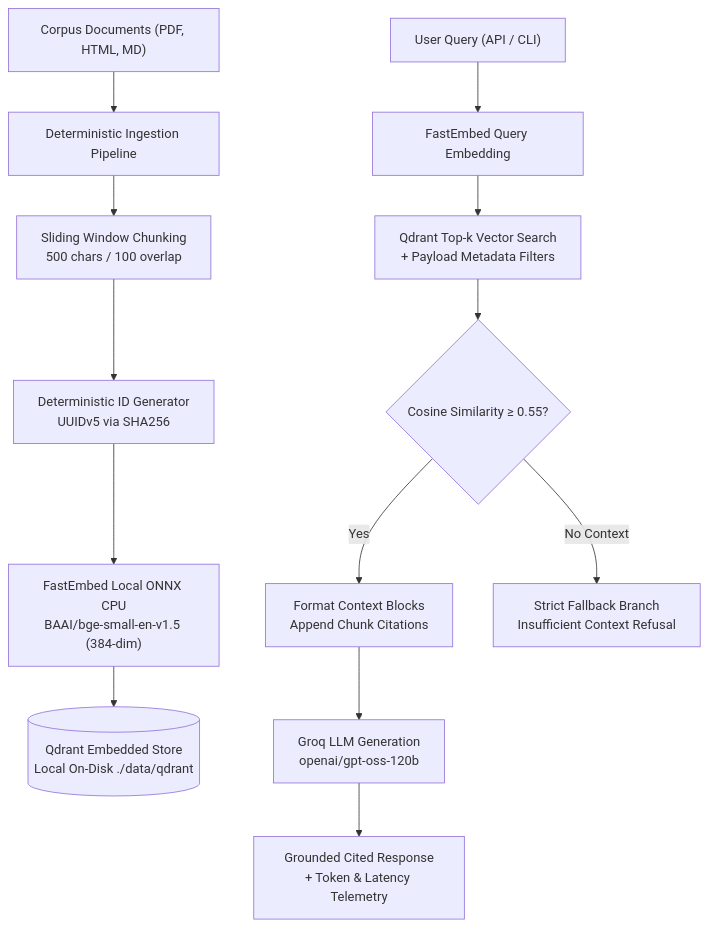
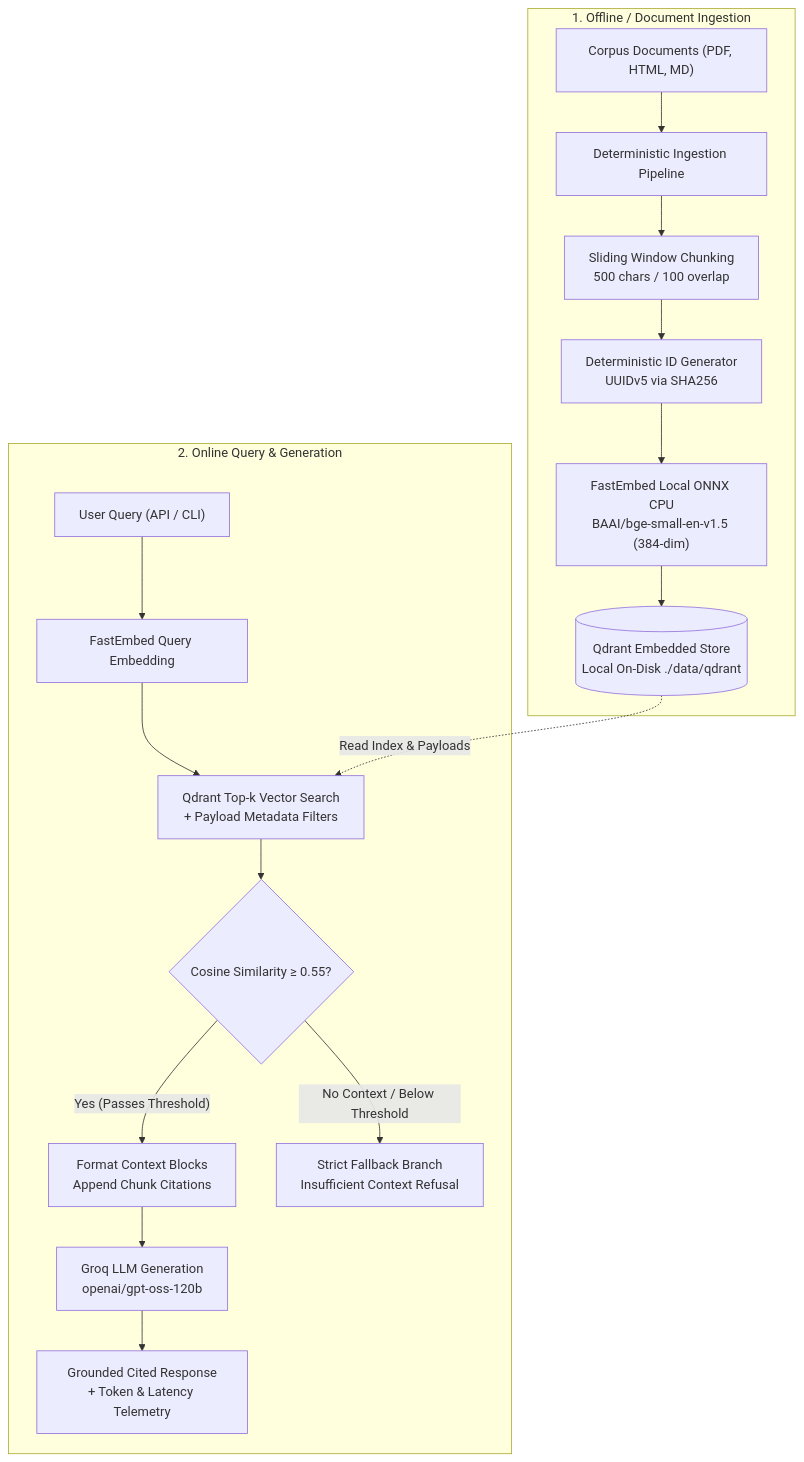
One commit to farhanrhine/synlabs changed the diagram in problem-1-rag/README.md. Above: the diagram before and after it, drawn with Mermaid.

Commit message:
docs(rag): enhance architecture Mermaid diagram with connected subgraphs

````diff
--- a/problem-1-rag/README.md
+++ b/problem-1-rag/README.md
@@ -11,18 +11,23 @@
 ```mermaid
 graph TD
-    A["Corpus Documents (PDF, HTML, MD)"] --> B["Deterministic Ingestion Pipeline"]
-    B --> C["Sliding Window Chunking<br/>500 chars / 100 overlap"]
-    C --> D["Deterministic ID Generator<br/>UUIDv5 via SHA256"]
-    D --> E["FastEmbed Local ONNX CPU<br/>BAAI/bge-small-en-v1.5 (384-dim)"]
-    E --> F[("Qdrant Embedded Store<br/>Local On-Disk ./data/qdrant")]
+    subgraph Ingestion ["1. Offline / Document Ingestion"]
+        A["Corpus Documents (PDF, HTML, MD)"] --> B["Deterministic Ingestion Pipeline"]
+        B --> C["Sliding Window Chunking<br/>500 chars / 100 overlap"]
+        C --> D["Deterministic ID Generator<br/>UUIDv5 via SHA256"]
+        D --> E["FastEmbed Local ONNX CPU<br/>BAAI/bge-small-en-v1.5 (384-dim)"]
+        E --> F[("Qdrant Embedded Store<br/>Local On-Disk ./data/qdrant")]
+    end
     
-    G["User Query (API / CLI)"] --> H["FastEmbed Query Embedding"]
-    H --> I["Qdrant Top-k Vector Search<br/>+ Payload Metadata Filters"]
-    
-    I --> J{"Cosine Similarity &ge; 0.55?"}
-    J -- Yes --> K["Format Context Blocks<br/>Append Chunk Citations"]
-    K --> L["Groq LLM Generation<br/>openai/gpt-oss-120b"]
-    L --> M["Grounded Cited Response<br/>+ Token & Latency Telemetry"]
-    
-    J -- No Context --> N["Strict Fallback Branch<br/>Insufficient Context Refusal"]
+    subgraph QueryFlow ["2. Online Query & Generation"]
+        G["User Query (API / CLI)"] --> H["FastEmbed Query Embedding"]
+        H --> I["Qdrant Top-k Vector Search<br/>+ Payload Metadata Filters"]
+        F -. "Read Index & Payloads" .-> I
+        
+        I --> J{"Cosine Similarity &ge; 0.55?"}
+        J -- "Yes (Passes Threshold)" --> K["Format Context Blocks<br/>Append Chunk Citations"]
+        K --> L["Groq LLM Generation<br/>openai/gpt-oss-120b"]
+        L --> M["Grounded Cited Response<br/>+ Token & Latency Telemetry"]
+        
+        J -- "No Context / Below Threshold" --> N["Strict Fallback Branch<br/>Insufficient Context Refusal"]
+    end
 ```
````
